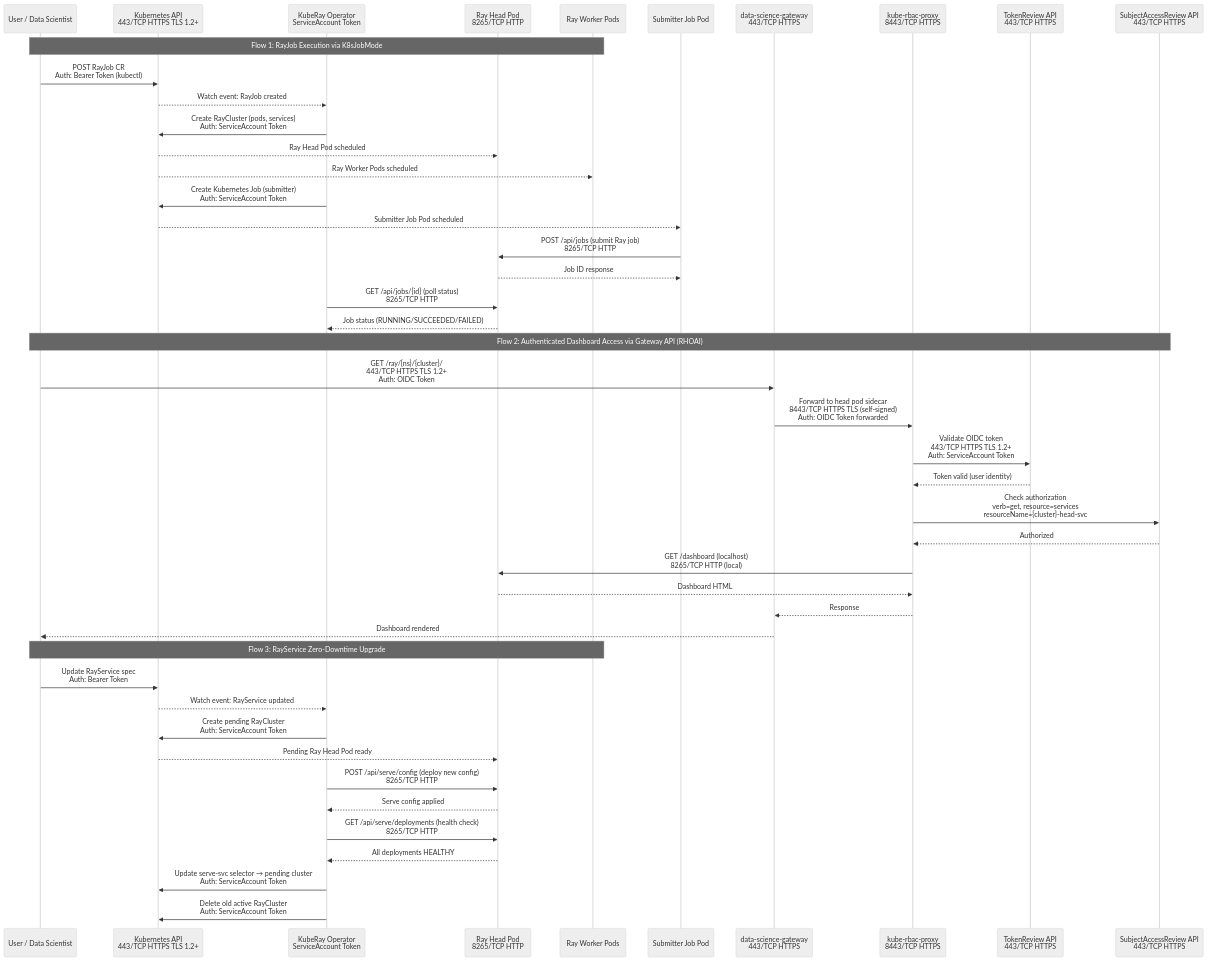
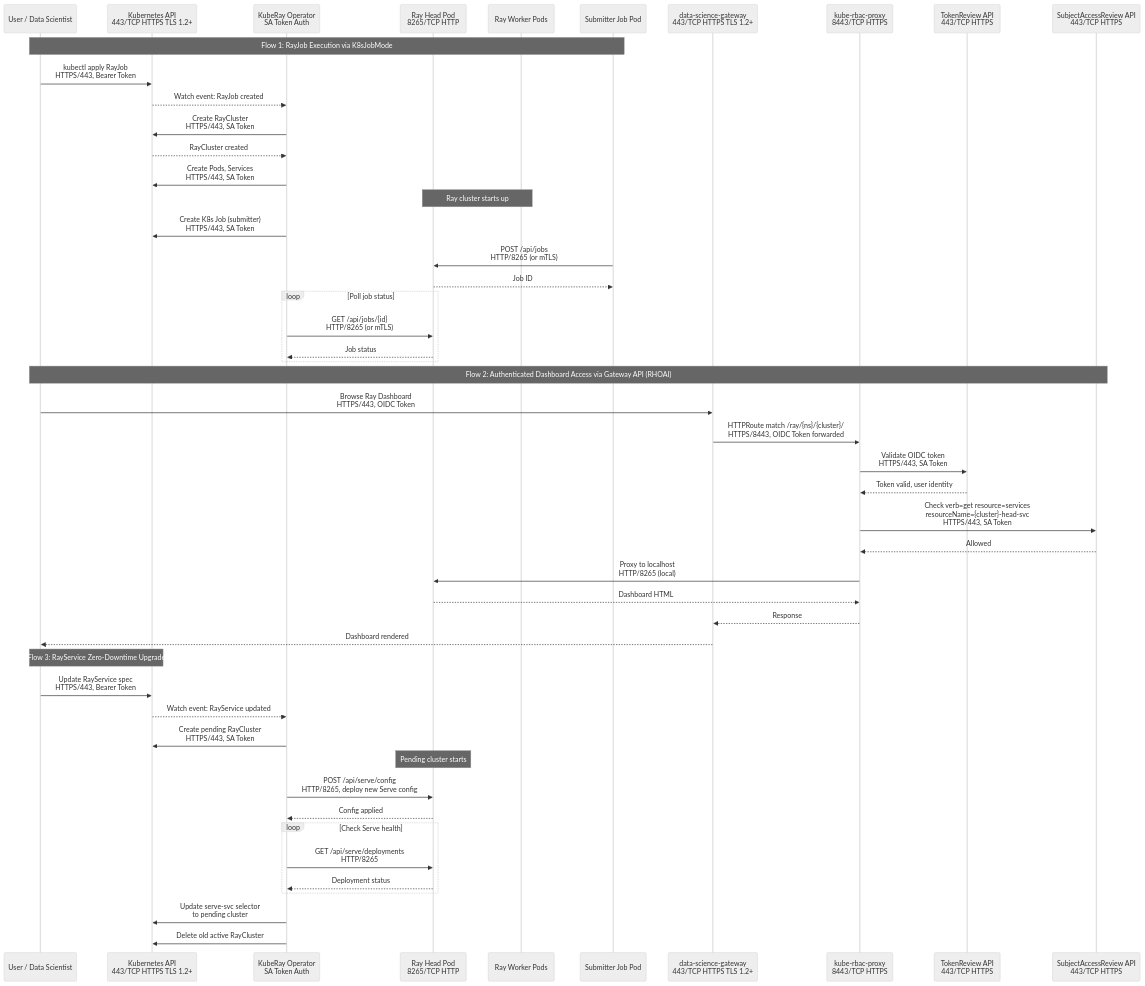
One commit to rhuss/architecture-context changed the diagram in architecture/rhoai.next/diagrams/kuberay-dataflow.mmd. Above: the diagram before and after it, drawn with Mermaid (neutral theme). The commit also changed 864 other files, not shown here.

Commit message:
update rhoai.next architecture with ai4rag and refreshed diagrams

```diff
--- a/architecture/rhoai.next/diagrams/kuberay-dataflow.mmd
+++ b/architecture/rhoai.next/diagrams/kuberay-dataflow.mmd
@@ -1,48 +1,55 @@
 sequenceDiagram
     participant User as User / Data Scientist
     participant K8sAPI as Kubernetes API<br/>443/TCP HTTPS TLS 1.2+
-    participant Operator as KubeRay Operator<br/>ServiceAccount Token
+    participant Operator as KubeRay Operator<br/>SA Token Auth
     participant HeadPod as Ray Head Pod<br/>8265/TCP HTTP
-    participant Workers as Ray Worker Pods
+    participant WorkerPods as Ray Worker Pods
     participant Submitter as Submitter Job Pod
-    participant Gateway as data-science-gateway<br/>443/TCP HTTPS
+    participant Gateway as data-science-gateway<br/>443/TCP HTTPS TLS 1.2+
     participant RBACProxy as kube-rbac-proxy<br/>8443/TCP HTTPS
     participant TokenReview as TokenReview API<br/>443/TCP HTTPS
     participant SAR as SubjectAccessReview API<br/>443/TCP HTTPS
 
-    Note over User,Workers: Flow 1: RayJob Execution via K8sJobMode
-    User->>K8sAPI: POST RayJob CR<br/>Auth: Bearer Token (kubectl)
+    Note over User, Submitter: Flow 1: RayJob Execution via K8sJobMode
+
+    User->>K8sAPI: kubectl apply RayJob<br/>HTTPS/443, Bearer Token
     K8sAPI-->>Operator: Watch event: RayJob created
-    Operator->>K8sAPI: Create RayCluster (pods, services)<br/>Auth: ServiceAccount Token
-    K8sAPI-->>HeadPod: Ray Head Pod scheduled
-    K8sAPI-->>Workers: Ray Worker Pods scheduled
-    Operator->>K8sAPI: Create Kubernetes Job (submitter)<br/>Auth: ServiceAccount Token
-    K8sAPI-->>Submitter: Submitter Job Pod scheduled
-    Submitter->>HeadPod: POST /api/jobs (submit Ray job)<br/>8265/TCP HTTP
-    HeadPod-->>Submitter: Job ID response
-    Operator->>HeadPod: GET /api/jobs/{id} (poll status)<br/>8265/TCP HTTP
-    HeadPod-->>Operator: Job status (RUNNING/SUCCEEDED/FAILED)
+    Operator->>K8sAPI: Create RayCluster<br/>HTTPS/443, SA Token
+    K8sAPI-->>Operator: RayCluster created
+    Operator->>K8sAPI: Create Pods, Services<br/>HTTPS/443, SA Token
+    Note over HeadPod, WorkerPods: Ray cluster starts up
+    Operator->>K8sAPI: Create K8s Job (submitter)<br/>HTTPS/443, SA Token
+    Submitter->>HeadPod: POST /api/jobs<br/>HTTP/8265 (or mTLS)
+    HeadPod-->>Submitter: Job ID
+    loop Poll job status
+        Operator->>HeadPod: GET /api/jobs/{id}<br/>HTTP/8265 (or mTLS)
+        HeadPod-->>Operator: Job status
+    end
 
-    Note over User,SAR: Flow 2: Authenticated Dashboard Access via Gateway API (RHOAI)
-    User->>Gateway: GET /ray/{ns}/{cluster}/<br/>443/TCP HTTPS TLS 1.2+<br/>Auth: OIDC Token
-    Gateway->>RBACProxy: Forward to head pod sidecar<br/>8443/TCP HTTPS TLS (self-signed)<br/>Auth: OIDC Token forwarded
-    RBACProxy->>TokenReview: Validate OIDC token<br/>443/TCP HTTPS TLS 1.2+<br/>Auth: ServiceAccount Token
-    TokenReview-->>RBACProxy: Token valid (user identity)
-    RBACProxy->>SAR: Check authorization<br/>verb=get, resource=services<br/>resourceName={cluster}-head-svc
-    SAR-->>RBACProxy: Authorized
-    RBACProxy->>HeadPod: GET /dashboard (localhost)<br/>8265/TCP HTTP (local)
+    Note over User, SAR: Flow 2: Authenticated Dashboard Access via Gateway API (RHOAI)
+
+    User->>Gateway: Browse Ray Dashboard<br/>HTTPS/443, OIDC Token
+    Gateway->>RBACProxy: HTTPRoute match /ray/{ns}/{cluster}/<br/>HTTPS/8443, OIDC Token forwarded
+    RBACProxy->>TokenReview: Validate OIDC token<br/>HTTPS/443, SA Token
+    TokenReview-->>RBACProxy: Token valid, user identity
+    RBACProxy->>SAR: Check verb=get resource=services<br/>resourceName={cluster}-head-svc<br/>HTTPS/443, SA Token
+    SAR-->>RBACProxy: Allowed
+    RBACProxy->>HeadPod: Proxy to localhost<br/>HTTP/8265 (local)
     HeadPod-->>RBACProxy: Dashboard HTML
     RBACProxy-->>Gateway: Response
     Gateway-->>User: Dashboard rendered
 
-    Note over User,Workers: Flow 3: RayService Zero-Downtime Upgrade
-    User->>K8sAPI: Update RayService spec<br/>Auth: Bearer Token
+    Note over User, K8sAPI: Flow 3: RayService Zero-Downtime Upgrade
+
+    User->>K8sAPI: Update RayService spec<br/>HTTPS/443, Bearer Token
     K8sAPI-->>Operator: Watch event: RayService updated
-    Operator->>K8sAPI: Create pending RayCluster<br/>Auth: ServiceAccount Token
-    K8sAPI-->>HeadPod: Pending Ray Head Pod ready
-    Operator->>HeadPod: POST /api/serve/config (deploy new config)<br/>8265/TCP HTTP
-    HeadPod-->>Operator: Serve config applied
-    Operator->>HeadPod: GET /api/serve/deployments (health check)<br/>8265/TCP HTTP
-    HeadPod-->>Operator: All deployments HEALTHY
-    Operator->>K8sAPI: Update serve-svc selector → pending cluster<br/>Auth: ServiceAccount Token
-    Operator->>K8sAPI: Delete old active RayCluster<br/>Auth: ServiceAccount Token
+    Operator->>K8sAPI: Create pending RayCluster<br/>HTTPS/443, SA Token
+    Note over HeadPod: Pending cluster starts
+    Operator->>HeadPod: POST /api/serve/config<br/>HTTP/8265, deploy new Serve config
+    HeadPod-->>Operator: Config applied
+    loop Check Serve health
+        Operator->>HeadPod: GET /api/serve/deployments<br/>HTTP/8265
+        HeadPod-->>Operator: Deployment status
+    end
+    Operator->>K8sAPI: Update serve-svc selector<br/>to pending cluster
+    Operator->>K8sAPI: Delete old active RayCluster
```
